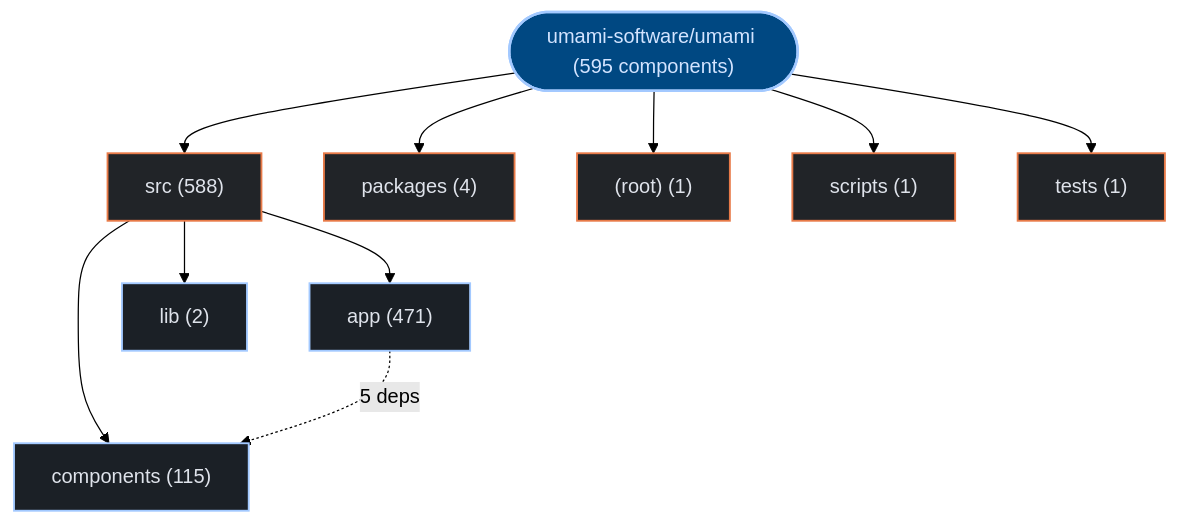
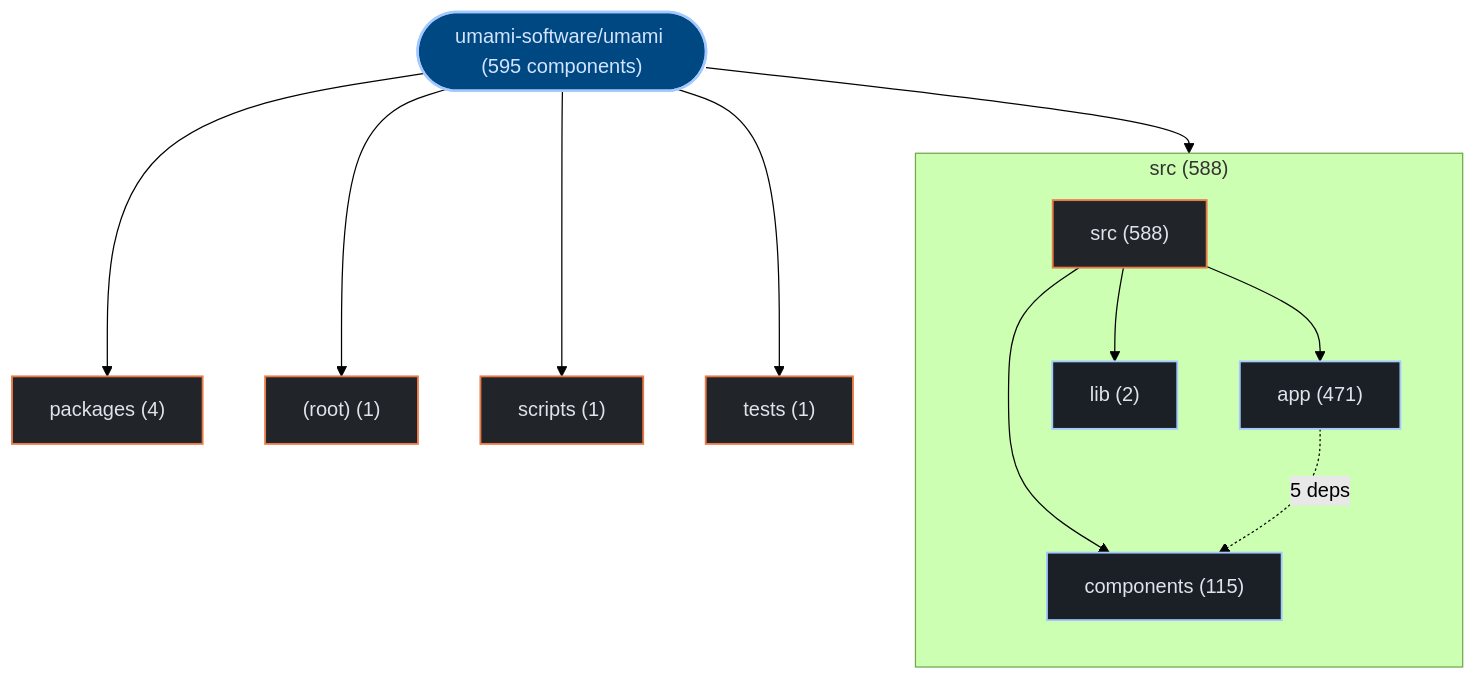
Before and after one commit to kumarshaz/atruss-code-atlas: the first of 3 diagrams in exports/latest/reports/umami-software-umami-report.md, drawn with Mermaid (forest theme). The commit also changed 178 other files, not shown here.

Commit message:
feat(ui,mermaid): upgrade to mermaid v12 + ELK layout, add orgs-summary + pagination, subgraph building blocks, fix tab alignment

````diff
--- a/exports/latest/reports/umami-software-umami-report.md
+++ b/exports/latest/reports/umami-software-umami-report.md
@@ -42,28 +42,31 @@
 ```mermaid
 graph TD;
   classDef atlasRoot fill:#004882,stroke:#a3c9ff,stroke-width:2px,color:#d3e4ff
   classDef atlasCategory fill:#212428,stroke:#E87A48,stroke-width:1.5px,color:#dfe3eb
   classDef atlasWorkflow fill:#1b2026,stroke:#a3c9ff,stroke-width:1.5px,color:#dfe3eb
   classDef atlasJob fill:#171c22,stroke:#8d9199,stroke-width:1px,color:#dfe3eb
   classDef atlasTarget fill:#005227,stroke:#8bd99b,stroke-width:1.5px,color:#a7f6b6
   classDef atlasAlert fill:#93000a,stroke:#ffb4ab,stroke-width:1.5px,color:#ffdad6
   classDef atlasMore fill:#252a31,stroke:#8d9199,stroke-dasharray:4 4,color:#c3c6cf
     repo_root(["umami-software/umami (595 components)"]):::atlasRoot
-    dir_0_src["src (588)"]:::atlasCategory
+    subgraph sg_dir_0_src["src (588)"]
+      direction TB
+      dir_0_src["src (588)"]:::atlasCategory
+      sub_0_0_app["app (471)"]:::atlasWorkflow
+      dir_0_src --> sub_0_0_app
+      sub_0_1_components["components (115)"]:::atlasWorkflow
+      dir_0_src --> sub_0_1_components
+      sub_0_2_lib["lib (2)"]:::atlasWorkflow
+      dir_0_src --> sub_0_2_lib
+    end
     repo_root --> dir_0_src
-    sub_0_0_app["app (471)"]:::atlasWorkflow
-    dir_0_src --> sub_0_0_app
-    sub_0_1_components["components (115)"]:::atlasWorkflow
-    dir_0_src --> sub_0_1_components
-    sub_0_2_lib["lib (2)"]:::atlasWorkflow
-    dir_0_src --> sub_0_2_lib
     dir_1_packages["packages (4)"]:::atlasCategory
     repo_root --> dir_1_packages
     dir_2__root_["(root) (1)"]:::atlasCategory
     repo_root --> dir_2__root_
     dir_3_scripts["scripts (1)"]:::atlasCategory
     repo_root --> dir_3_scripts
     dir_4_tests["tests (1)"]:::atlasCategory
     repo_root --> dir_4_tests
     sub_0_0_app -.->|"5 deps"| sub_0_1_components
 ```
````
